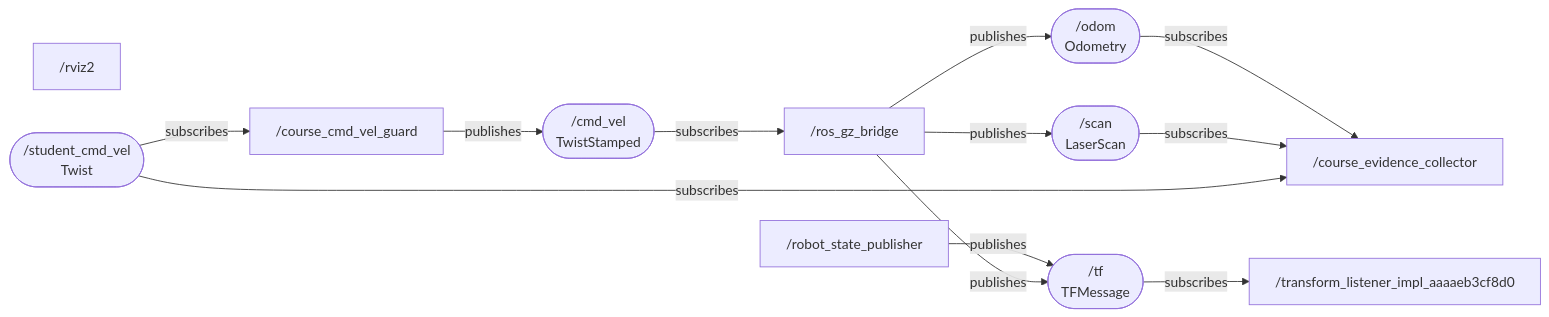
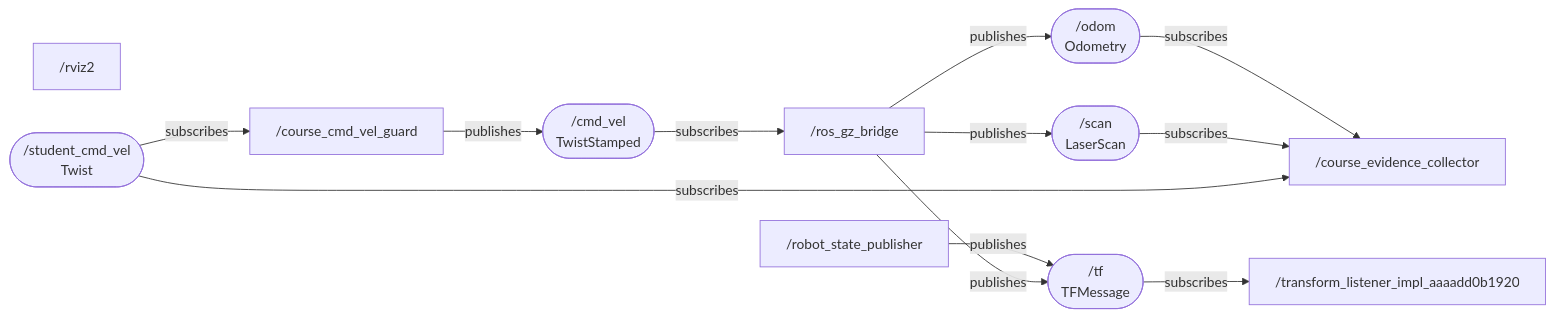
Before and after one commit to brianm146/robotics-fall2026: the diagram in week01_ros_foundations/student_submission/mission_1/ros_system_diagram.md, drawn with Mermaid. The commit also changed 5 other files, not shown here.

````diff
--- a/week01_ros_foundations/student_submission/mission_1/ros_system_diagram.md
+++ b/week01_ros_foundations/student_submission/mission_1/ros_system_diagram.md
@@ -3,25 +3,25 @@
 ```mermaid
 flowchart LR
   n0["/course_cmd_vel_guard"]
   n1["/course_evidence_collector"]
   n2["/robot_state_publisher"]
   n3["/ros_gz_bridge"]
   n4["/rviz2"]
-  n5["/transform_listener_impl_aaaaeb3cf8d0"]
+  n5["/transform_listener_impl_aaaadd0b1920"]
   t0(["/cmd_vel<br/>TwistStamped"])
   n0 -->|publishes| t0
   t0 -->|subscribes| n3
   t1(["/odom<br/>Odometry"])
   n3 -->|publishes| t1
   t1 -->|subscribes| n1
   t2(["/scan<br/>LaserScan"])
   n3 -->|publishes| t2
   t2 -->|subscribes| n1
   t3(["/student_cmd_vel<br/>Twist"])
   t3 -->|subscribes| n0
   t3 -->|subscribes| n1
   t4(["/tf<br/>TFMessage"])
   n2 -->|publishes| t4
   n3 -->|publishes| t4
   t4 -->|subscribes| n5
 ```
````
